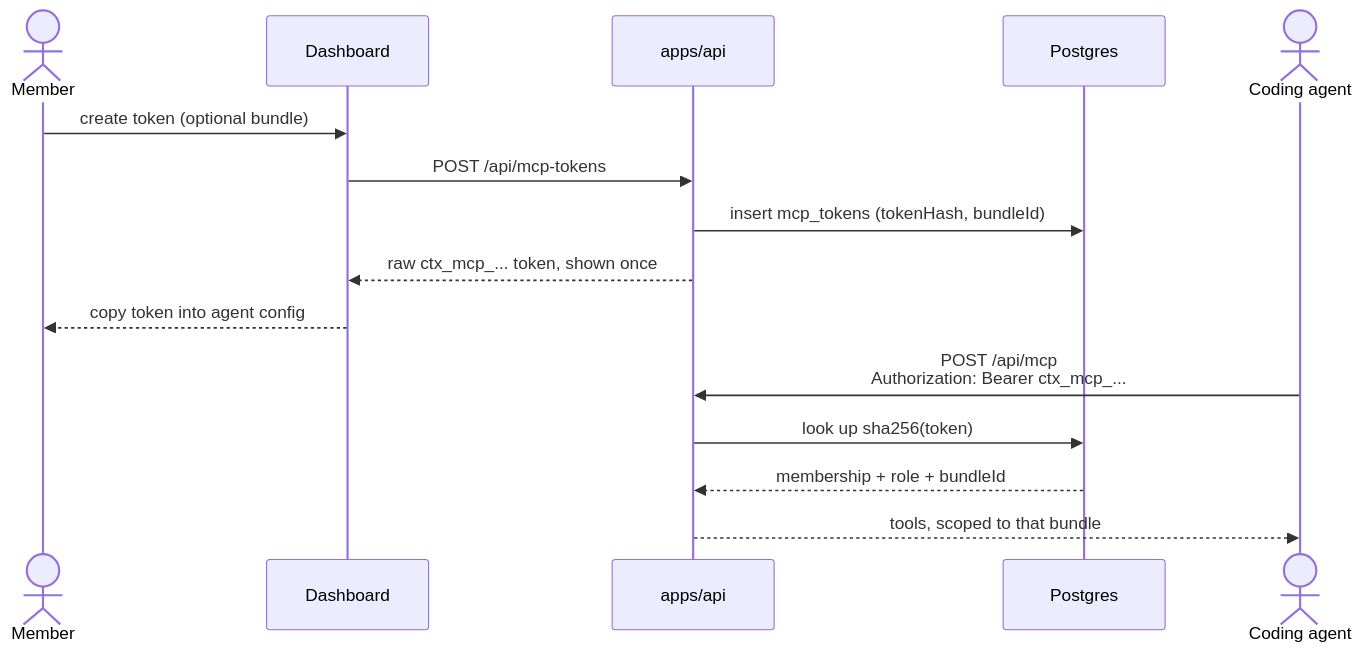
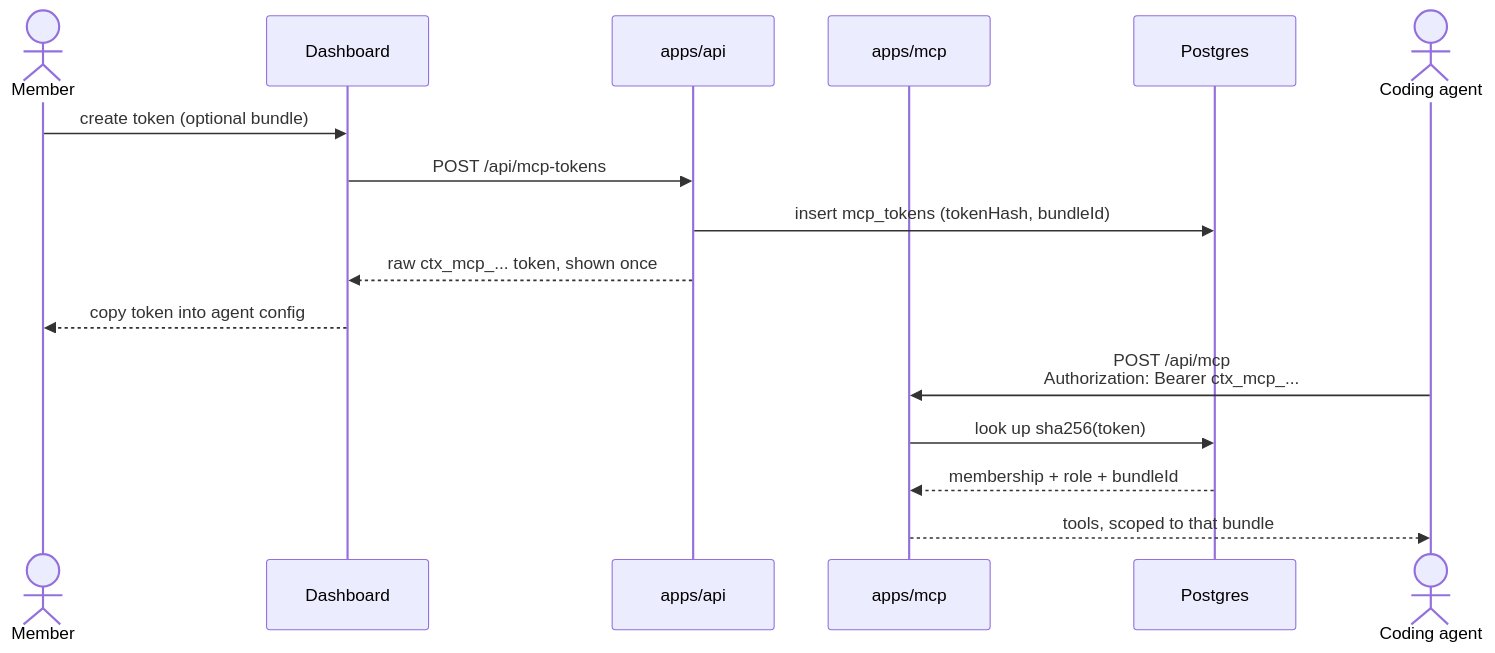
The fourth of 6 diagrams in docs/architecture.md (KamogeloKhumaloBBD/EscapeIt), drawn with Mermaid before and after one commit. The commit also changed 9 other files, not shown here.

````diff
--- a/docs/architecture.md
+++ b/docs/architecture.md
@@ -229,19 +229,20 @@
 ```mermaid
 sequenceDiagram
   actor Member
   participant Web as Dashboard
   participant Api as apps/api
+  participant Mcp as apps/mcp
   participant Db as Postgres
   actor Agent as Coding agent
 
   Member->>Web: create token (optional bundle)
   Web->>Api: POST /api/mcp-tokens
   Api->>Db: insert mcp_tokens (tokenHash, bundleId)
   Api-->>Web: raw ctx_mcp_... token, shown once
   Web-->>Member: copy token into agent config
 
-  Agent->>Api: POST /api/mcp<br/>Authorization: Bearer ctx_mcp_...
-  Api->>Db: look up sha256(token)
-  Db-->>Api: membership + role + bundleId
-  Api-->>Agent: tools, scoped to that bundle
+  Agent->>Mcp: POST /api/mcp<br/>Authorization: Bearer ctx_mcp_...
+  Mcp->>Db: look up sha256(token)
+  Db-->>Mcp: membership + role + bundleId
+  Mcp-->>Agent: tools, scoped to that bundle
 ```
````
